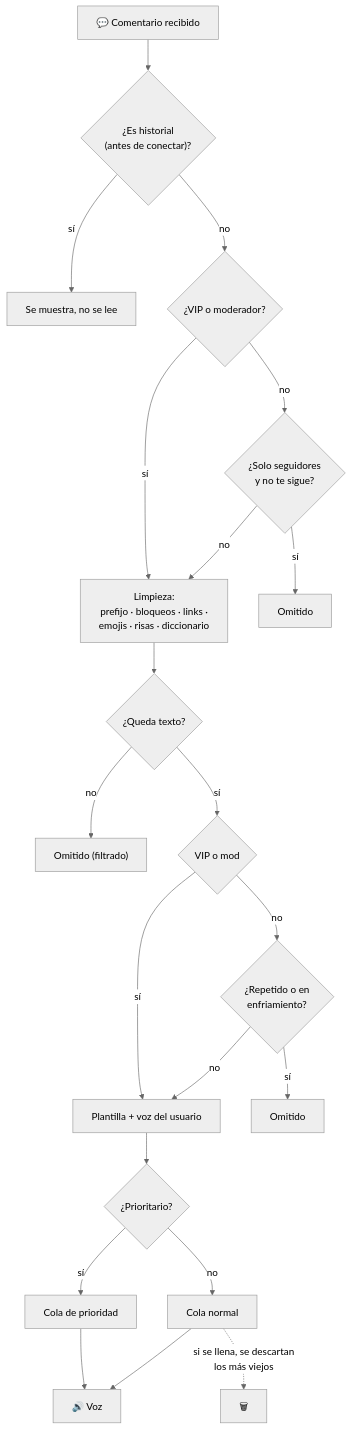
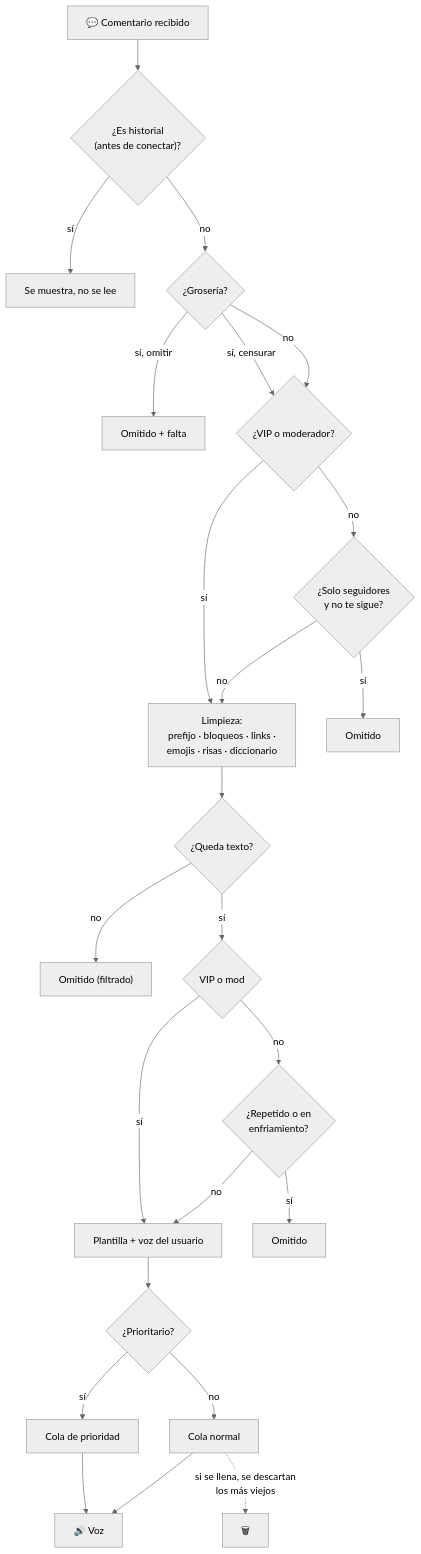
One commit to Bryan-Herrera-DEV/tikvoz changed the sixth of 6 diagrams in README.md. Above: the diagram before and after it, drawn with Mermaid (neutral theme). The commit also changed other lines of this file, not shown here.

Commit message:
docs: README con Kick, anti-groserías y diagramas nuevos

````diff
--- a/README.md
+++ b/README.md
@@ -190,23 +279,26 @@
 ```mermaid
 flowchart TD
     C["💬 Comentario recibido"] --> H{"¿Es historial<br/>(antes de conectar)?"}
     H -- sí --> F1["Se muestra, no se lee"]
-    H -- no --> P{"¿VIP o moderador?"}
+    H -- no --> G{"¿Grosería?"}
+    G -- "sí, omitir" --> XG["Omitido + falta"]
+    G -- "sí, censurar" --> P
+    G -- no --> P{"¿VIP o moderador?"}
     P -- sí --> CL
     P -- no --> SF{"¿Solo seguidores<br/>y no te sigue?"}
     SF -- sí --> X1["Omitido"]
     SF -- no --> CL["Limpieza:<br/>prefijo · bloqueos · links ·<br/>emojis · risas · diccionario"]
     CL --> V{"¿Queda texto?"}
     V -- no --> X2["Omitido (filtrado)"]
     V -- sí --> R{"VIP o mod"}
     R -- sí --> Q
     R -- no --> AS{"¿Repetido o en<br/>enfriamiento?"}
     AS -- sí --> X3["Omitido"]
     AS -- no --> Q["Plantilla + voz del usuario"]
     Q --> PR{"¿Prioritario?"}
     PR -- sí --> QP["Cola de prioridad"]
     PR -- no --> QN["Cola normal"]
     QP --> T["🔊 Voz"]
     QN --> T
     QN -. "si se llena, se descartan<br/>los más viejos" .-> D["🗑"]
 ```
````
